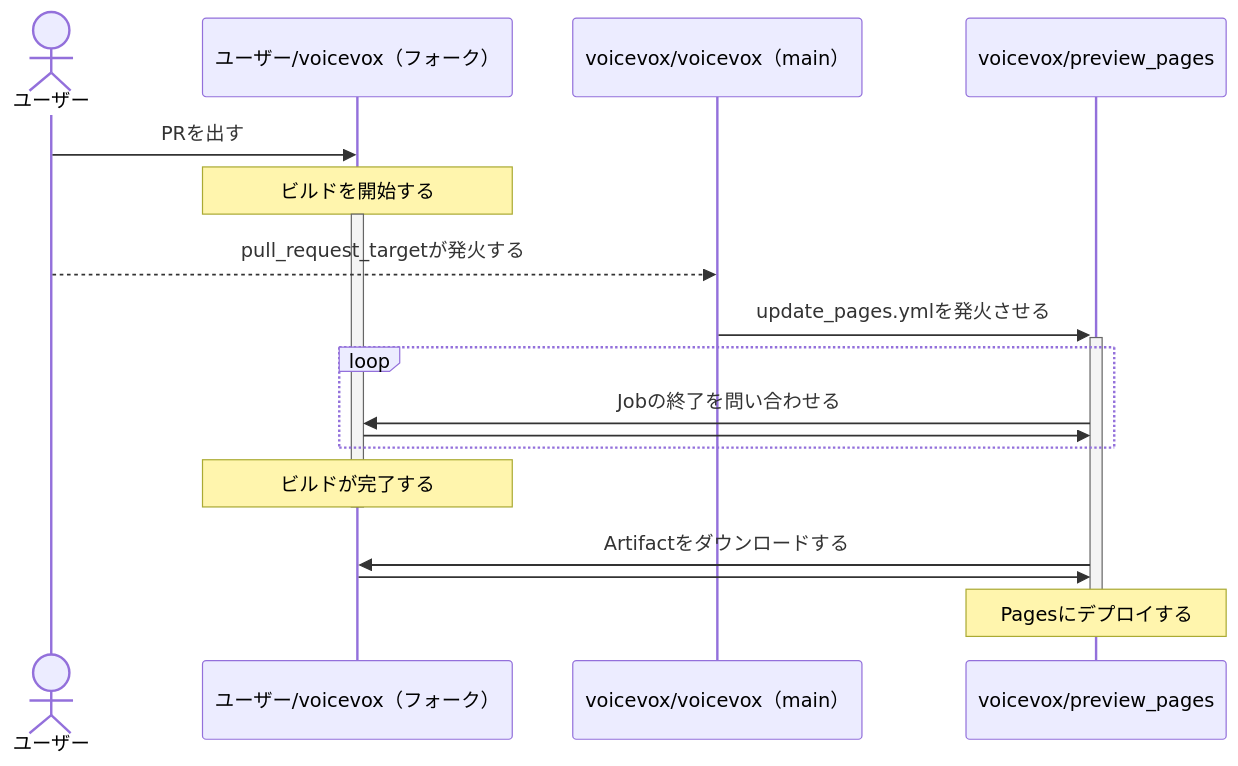
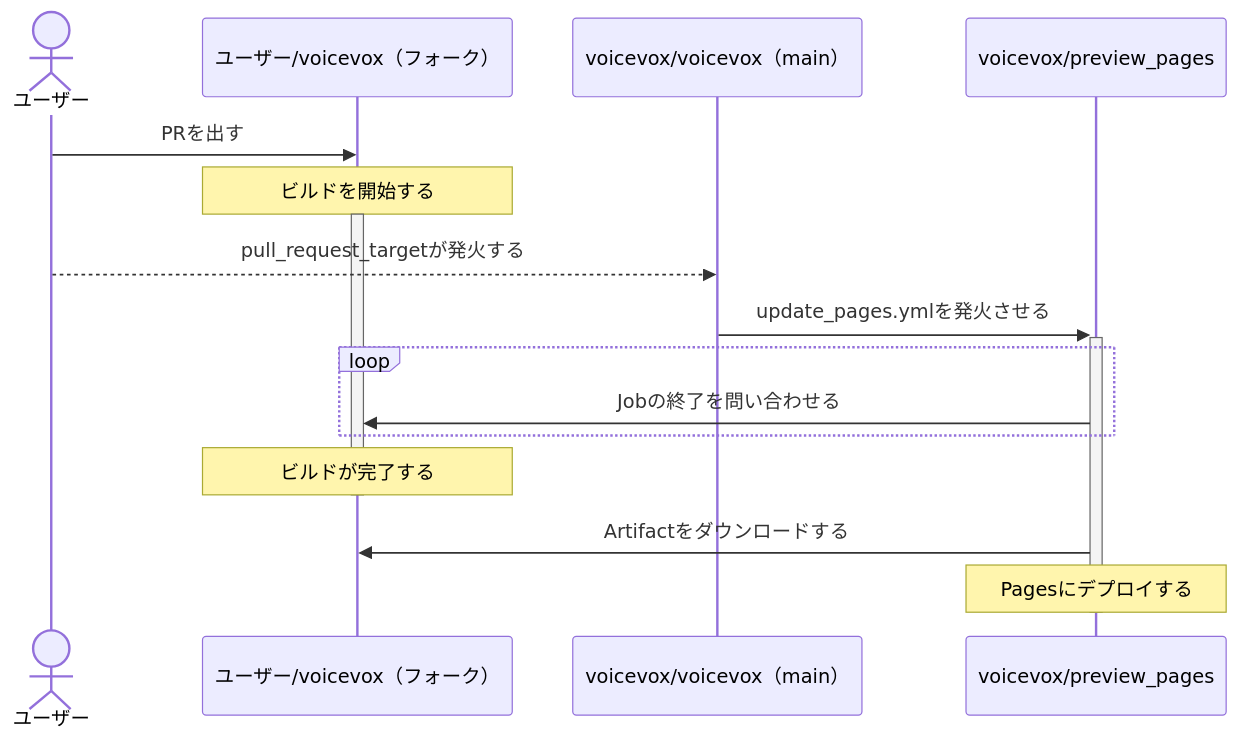
One commit to VOICEVOX/preview-pages changed the diagram in README.md. Above: the diagram before and after it, drawn with Mermaid. The commit also changed other lines of this file and 1 other file, not shown here.

````diff
--- a/README.md
+++ b/README.md
@@ -57,28 +58,26 @@
 ```mermaid
 sequenceDiagram
     actor user as ユーザー
     participant editor_fork as ユーザー/voicevox（フォーク）
     participant editor_main as voicevox/voicevox（main）
     participant preview_pages as voicevox/preview_pages
 
     user->>editor_fork: PRを出す
-    
+
     note over editor_fork: ビルドを開始する
     activate editor_fork
 
     user-->>editor_main: pull_request_targetが発火する
     editor_main->>+preview_pages: update_pages.ymlを発火させる
 
-    loop 
+    loop
         preview_pages->>editor_fork: Jobの終了を問い合わせる
-        editor_fork->>preview_pages: 
     end
 
     note over editor_fork: ビルドが完了する
     deactivate editor_fork
     preview_pages->>editor_fork: Artifactをダウンロードする
-    editor_fork->>preview_pages: 
 
     note over preview_pages: Pagesにデプロイする
     deactivate preview_pages
 ```
````
